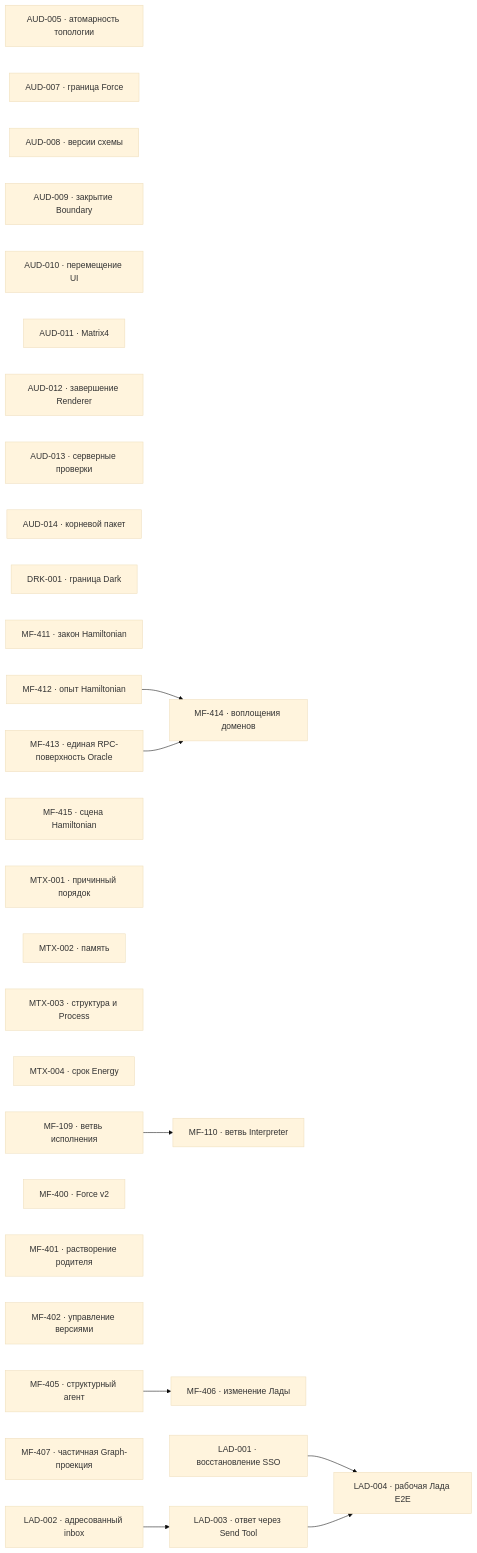
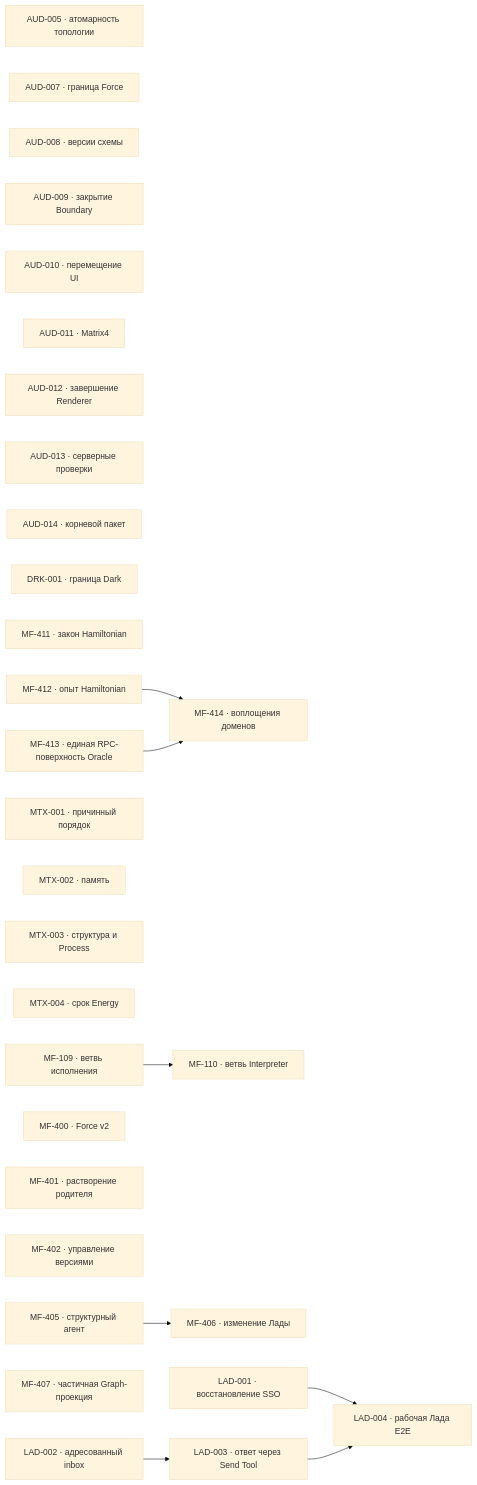
One commit to zavx0z/metafor changed the first of 2 diagrams in project/TODO.md. Above: the diagram before and after it, drawn with Mermaid (base theme). The commit also changed other lines of this file and 22 other files, not shown here.

````diff
--- a/project/TODO.md
+++ b/project/TODO.md
@@ -13,41 +13,40 @@
 ```mermaid
 flowchart LR
     AUD005["AUD-005 · атомарность топологии"]
     AUD007["AUD-007 · граница Force"]
     AUD008["AUD-008 · версии схемы"]
     AUD009["AUD-009 · закрытие Boundary"]
     AUD010["AUD-010 · перемещение UI"]
     AUD011["AUD-011 · Matrix4"]
     AUD012["AUD-012 · завершение Renderer"]
     AUD013["AUD-013 · серверные проверки"]
     AUD014["AUD-014 · корневой пакет"]
     DRK001["DRK-001 · граница Dark"]
     MF411["MF-411 · закон Hamiltonian"]
     MF412["MF-412 · опыт Hamiltonian"]
     MF413["MF-413 · единая RPC-поверхность Oracle"]
     MF414["MF-414 · воплощения доменов"]
-    MF415["MF-415 · сцена Hamiltonian"]
     MTX001["MTX-001 · причинный порядок"]
     MTX002["MTX-002 · память"]
     MTX003["MTX-003 · структура и Process"]
     MTX004["MTX-004 · срок Energy"]
     MF109["MF-109 · ветвь исполнения"]
     MF110["MF-110 · ветвь Interpreter"]
     MF400["MF-400 · Force v2"]
     MF401["MF-401 · растворение родителя"]
     MF402["MF-402 · управление версиями"]
     MF405["MF-405 · структурный агент"]
     MF406["MF-406 · изменение Лады"]
     MF407["MF-407 · частичная Graph-проекция"]
     LAD001["LAD-001 · восстановление SSO"]
     LAD002["LAD-002 · адресованный inbox"]
     LAD003["LAD-003 · ответ через Send Tool"]
     LAD004["LAD-004 · рабочая Лада E2E"]
     MF109 --> MF110
     MF405 --> MF406
     MF412 --> MF414
     MF413 --> MF414
     LAD002 --> LAD003
     LAD001 --> LAD004
     LAD003 --> LAD004
 ```
````
